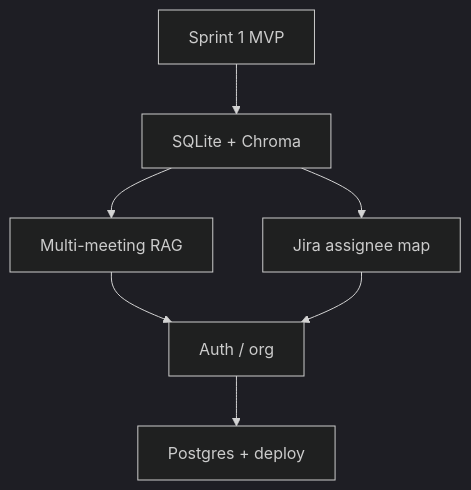
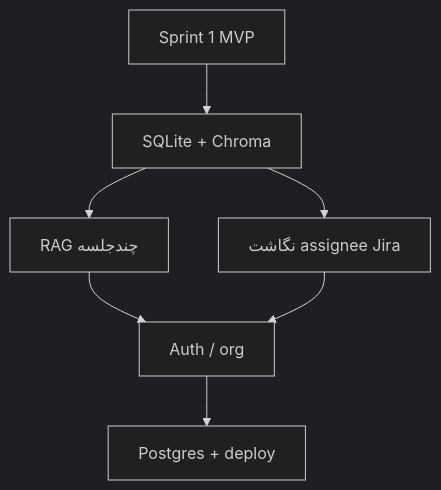
The diagram in docs/diagrams/03-roadmap-and-future-work-7.mmd (Rvin-zh/meeting-assistant), drawn with Mermaid (dark theme) before and after one commit. The commit also changed 35 other files, not shown here.

```diff
--- a/docs/diagrams/03-roadmap-and-future-work-7.mmd
+++ b/docs/diagrams/03-roadmap-and-future-work-7.mmd
@@ -1,13 +1,13 @@
 flowchart TD
     MVP["Sprint 1 MVP"]
     M["SQLite + Chroma"]
-    R2["Multi-meeting RAG"]
-    J3["Jira assignee map"]
+    R2["RAG چندجلسه"]
+    J3["نگاشت assignee Jira"]
     A4["Auth / org"]
     P5["Postgres + deploy"]
     MVP --> M
     M --> R2
     M --> J3
     R2 --> A4
     J3 --> A4
     A4 --> P5
```
